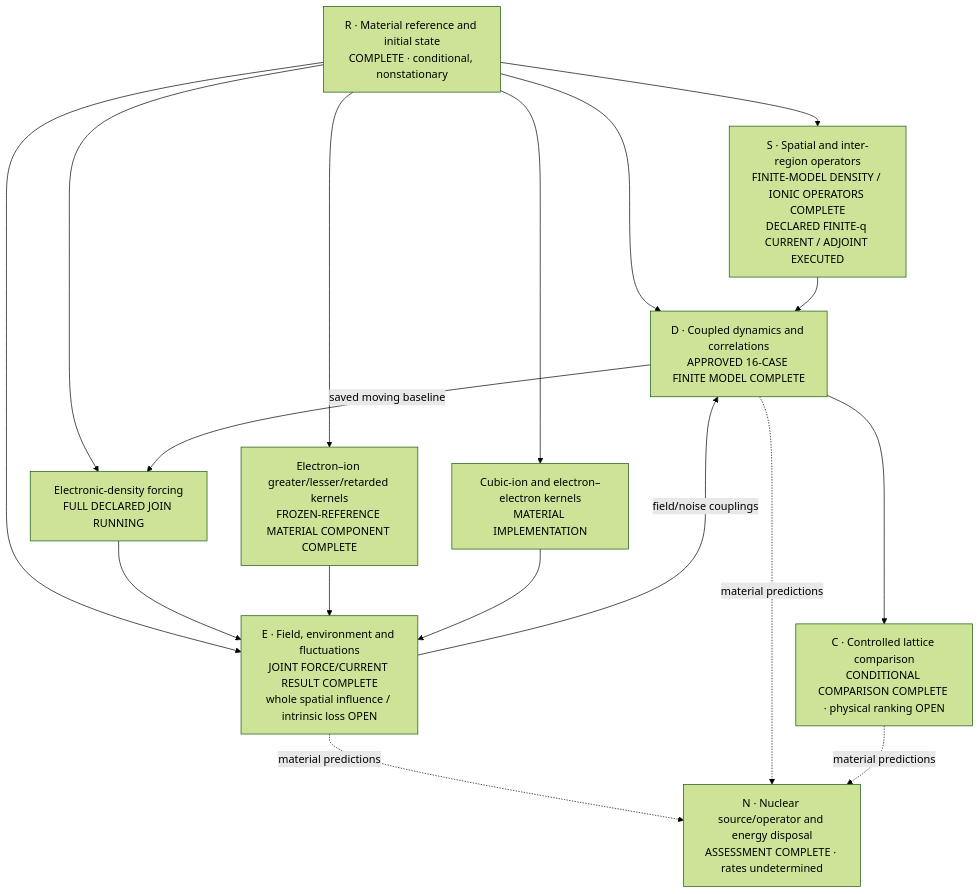
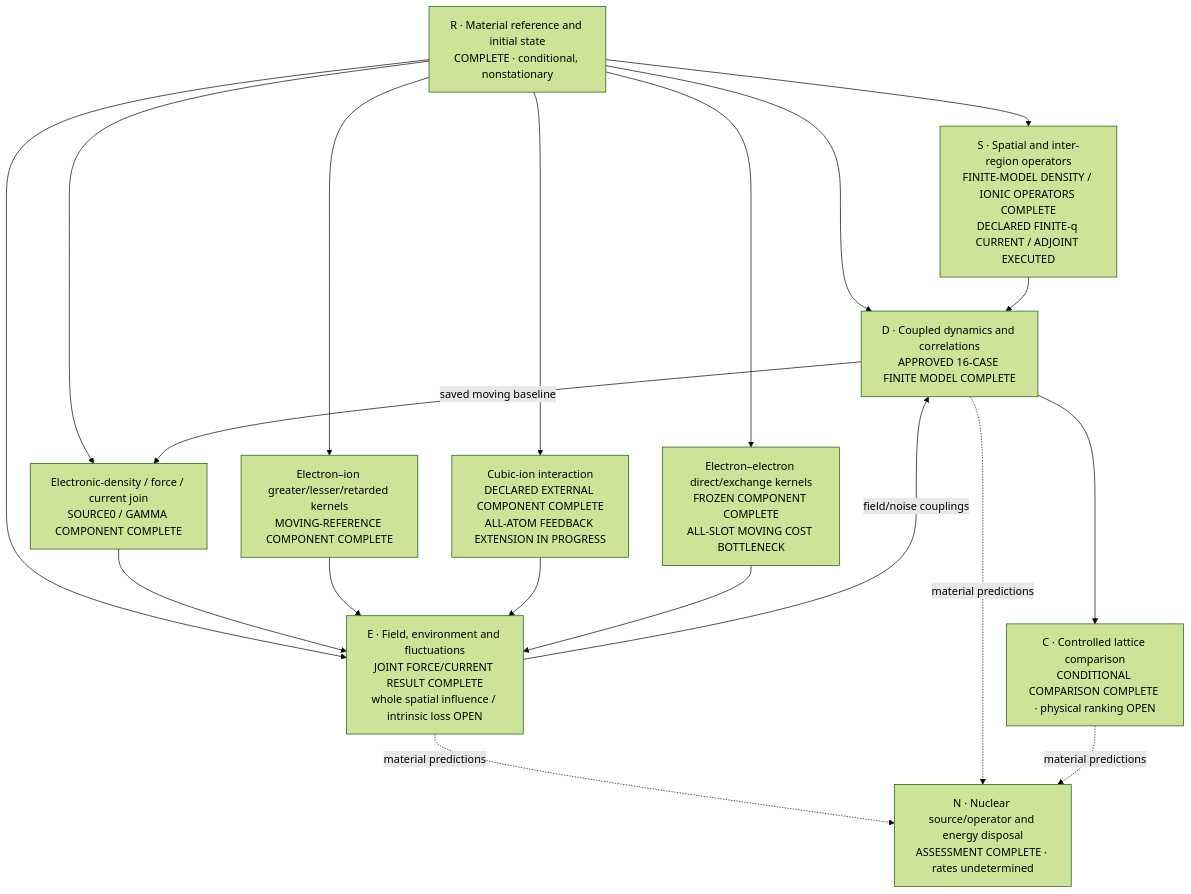
The diagram in proposals/P254-ni-collective-response/SOLUTION.md (vantasnerdan/substrate-framework), drawn with Mermaid (forest theme) before and after one commit. The commit also changed other lines of this file and 256 other files, not shown here.

Commit message:
Complete scoped density, cubic and intrinsic interaction components

````diff
--- a/proposals/P254-ni-collective-response/SOLUTION.md
+++ b/proposals/P254-ni-collective-response/SOLUTION.md
@@ -16,28 +16,31 @@
 ```mermaid
 flowchart TD
     R["R · Material reference and initial state\nCOMPLETE · conditional, nonstationary"]
     S["S · Spatial and inter-region operators\nFINITE-MODEL DENSITY / IONIC OPERATORS COMPLETE\nDECLARED FINITE-q CURRENT / ADJOINT EXECUTED"]
     E["E · Field, environment and fluctuations\nJOINT FORCE/CURRENT RESULT COMPLETE\nwhole spatial influence / intrinsic loss OPEN"]
-    ED["Electronic-density forcing\nFULL DECLARED JOIN RUNNING"]
-    EI["Electron–ion greater/lesser/retarded kernels\nFROZEN-REFERENCE MATERIAL COMPONENT COMPLETE"]
-    EA["Cubic-ion and electron–electron kernels\nMATERIAL IMPLEMENTATION"]
+    ED["Electronic-density / force / current join\nSOURCE0 / GAMMA COMPONENT COMPLETE"]
+    EI["Electron–ion greater/lesser/retarded kernels\nMOVING-REFERENCE COMPONENT COMPLETE"]
+    EA["Cubic-ion interaction\nDECLARED EXTERNAL COMPONENT COMPLETE\nALL-ATOM FEEDBACK EXTENSION IN PROGRESS"]
+    EE["Electron–electron direct/exchange kernels\nFROZEN COMPONENT COMPLETE\nALL-SLOT MOVING COST BOTTLENECK"]
     D["D · Coupled dynamics and correlations\nAPPROVED 16-CASE FINITE MODEL COMPLETE"]
     C["C · Controlled lattice comparison\nCONDITIONAL COMPARISON COMPLETE · physical ranking OPEN"]
     N["N · Nuclear source/operator and energy disposal\nASSESSMENT COMPLETE · rates undetermined"]
     R --> S
     R --> E
     R --> ED
     R --> EI
     R --> EA
+    R --> EE
     ED --> E
     EI --> E
     EA --> E
+    EE --> E
     R --> D
     S --> D
     E -- "field/noise couplings" --> D
     D -- "saved moving baseline" --> ED
     D --> C
     E -. "material predictions" .-> N
     D -. "material predictions" .-> N
     C -. "material predictions" .-> N
 ```
````
